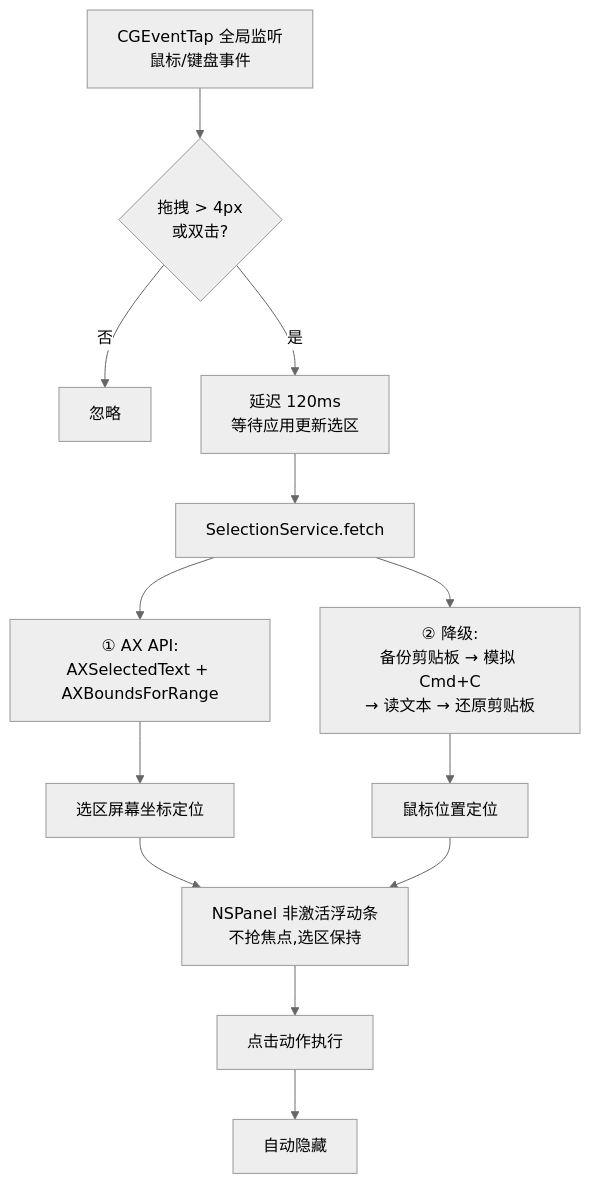
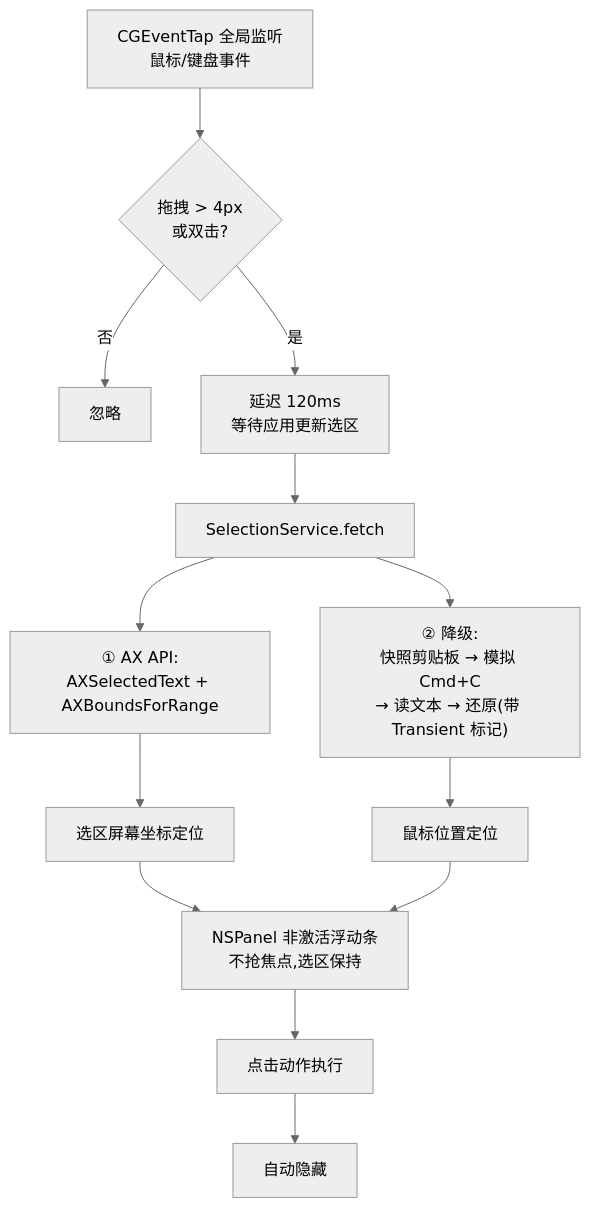
The diagram in README.md (davidzhanghui/popbar), drawn with Mermaid (neutral theme) before and after one commit. The commit also changed other lines of this file and 270 other files, not shown here.

````diff
--- a/README.md
+++ b/README.md
@@ -96,14 +107,14 @@
 ```mermaid
 flowchart TD
     A[CGEventTap 全局监听<br/>鼠标/键盘事件] --> B{拖拽 > 4px<br/>或双击?}
     B -->|否| Z[忽略]
     B -->|是| C[延迟 120ms<br/>等待应用更新选区]
     C --> D[SelectionService.fetch]
     D --> E["① AX API:<br/>AXSelectedText + AXBoundsForRange"]
-    D --> F["② 降级:<br/>备份剪贴板 → 模拟 Cmd+C<br/>→ 读文本 → 还原剪贴板"]
+    D --> F["② 降级:<br/>快照剪贴板 → 模拟 Cmd+C<br/>→ 读文本 → 还原(带 Transient 标记)"]
     E --> G[选区屏幕坐标定位]
     F --> H[鼠标位置定位]
     G & H --> I[NSPanel 非激活浮动条<br/>不抢焦点,选区保持]
     I --> J[点击动作执行]
     J --> K[自动隐藏]
 ```
````
